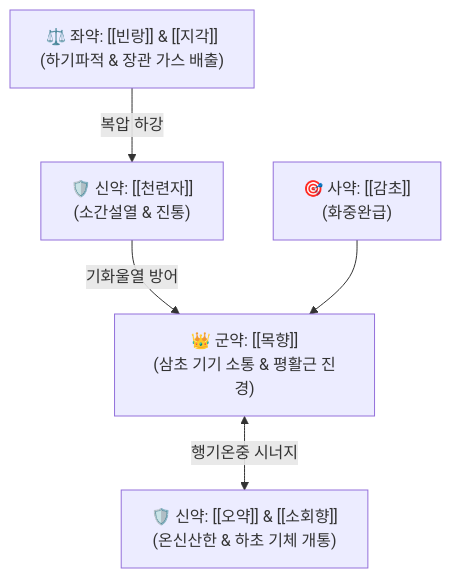
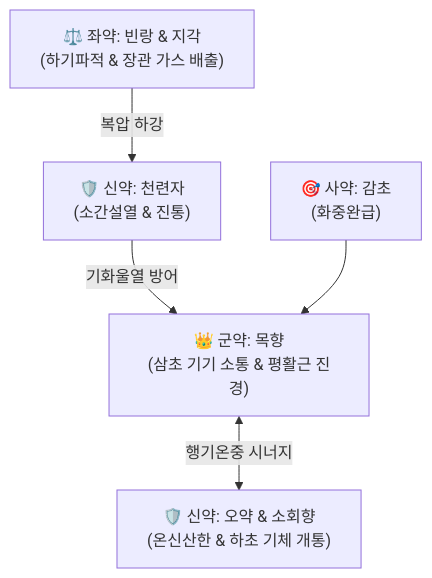
Before and after one commit to simbio11/simbio-digital-garden2: the diagram in content/2. 약리 공부/처방/04_이기·화해제/청목향산.md, drawn with Mermaid. The commit also changed other lines of this file and 122 other files, not shown here.

````diff
--- a/content/2. 약리 공부/처방/04_이기·화해제/청목향산.md
+++ b/content/2. 약리 공부/처방/04_이기·화해제/청목향산.md
@@ -60,7 +62,7 @@
 ```mermaid
 graph TD
-    MH["👑 군약: [[목향]]<br>(삼초 기기 소통 & 평활근 진경)"] <-->|행기온중 시너지| OY["🛡️ 신약: [[오약]] & [[소회향]]<br>(온신산한 & 하초 기체 개통)"]
-    CLZ["🛡️ 신약: [[천련자]]<br>(소간설열 & 진통)"] -->|기화울열 방어| MH
-    BL["⚖️ 좌약: [[빈랑]] & [[지각]]<br>(하기파적 & 장관 가스 배출)"] -->|복압 하강| CLZ
-    GC["🎯 사약: [[감초]]<br>(화중완급)"] --> MH
+    MH["👑 군약: 목향<br>(삼초 기기 소통 & 평활근 진경)"] <-->|행기온중 시너지| OY["🛡️ 신약: 오약 & 소회향<br>(온신산한 & 하초 기체 개통)"]
+    CLZ["🛡️ 신약: 천련자<br>(소간설열 & 진통)"] -->|기화울열 방어| MH
+    BL["⚖️ 좌약: 빈랑 & 지각<br>(하기파적 & 장관 가스 배출)"] -->|복압 하강| CLZ
+    GC["🎯 사약: 감초<br>(화중완급)"] --> MH
 ```
````
